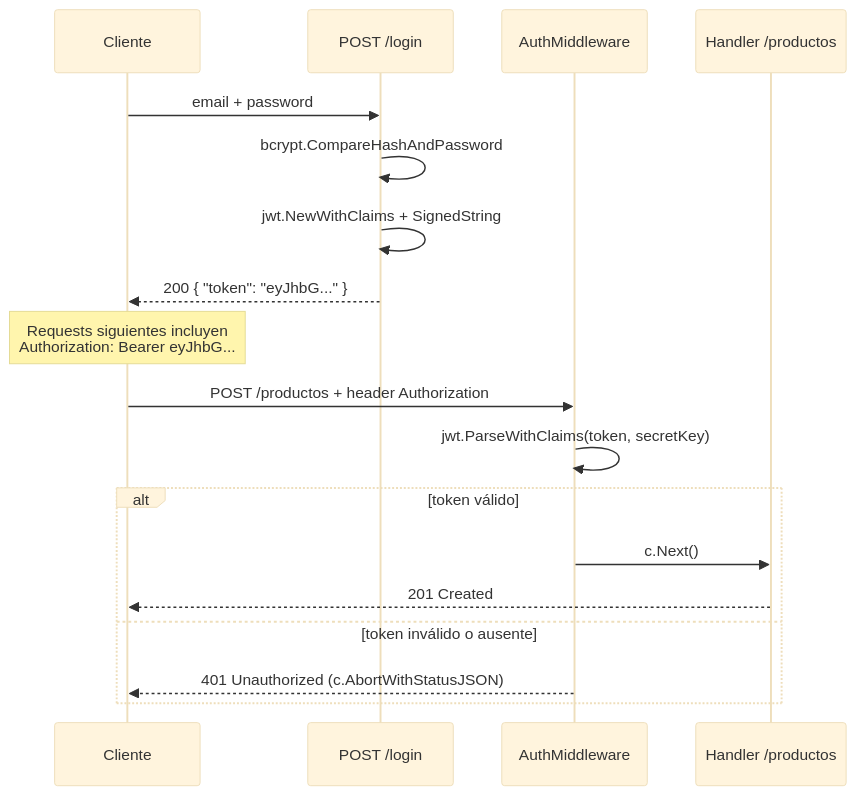
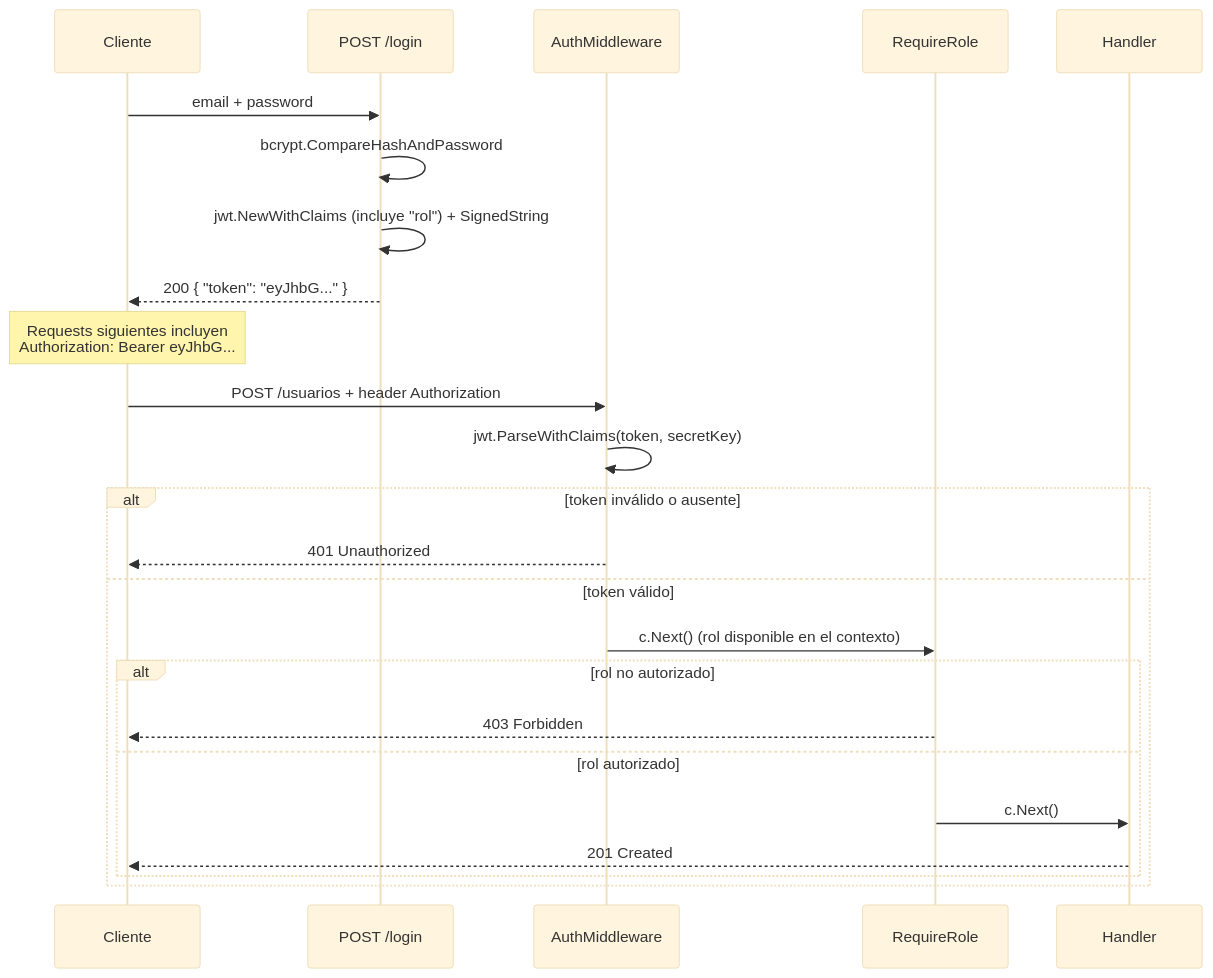
The fourth of 4 diagrams in 006-go/README.md (UCSE-PROG2/programacion-2), drawn with Mermaid (base theme) before and after one commit. The commit also changed other lines of this file and 2 other files, not shown here.

````diff
--- a/006-go/README.md
+++ b/006-go/README.md
@@ -1894,23 +1835,29 @@
 ```mermaid
 sequenceDiagram
     participant C as Cliente
     participant L as POST /login
     participant A as AuthMiddleware
-    participant H as Handler /productos
+    participant R as RequireRole
+    participant H as Handler
 
     C->>L: email + password
     L->>L: bcrypt.CompareHashAndPassword
-    L->>L: jwt.NewWithClaims + SignedString
+    L->>L: jwt.NewWithClaims (incluye "rol") + SignedString
     L-->>C: 200 { "token": "eyJhbG..." }
 
     Note over C: Requests siguientes incluyen<br/>Authorization: Bearer eyJhbG...
 
-    C->>A: POST /productos + header Authorization
+    C->>A: POST /usuarios + header Authorization
     A->>A: jwt.ParseWithClaims(token, secretKey)
-    alt token válido
-        A->>H: c.Next()
-        H-->>C: 201 Created
-    else token inválido o ausente
-        A-->>C: 401 Unauthorized (c.AbortWithStatusJSON)
+    alt token inválido o ausente
+        A-->>C: 401 Unauthorized
+    else token válido
+        A->>R: c.Next() (rol disponible en el contexto)
+        alt rol no autorizado
+            R-->>C: 403 Forbidden
+        else rol autorizado
+            R->>H: c.Next()
+            H-->>C: 201 Created
+        end
     end
 ```
````
